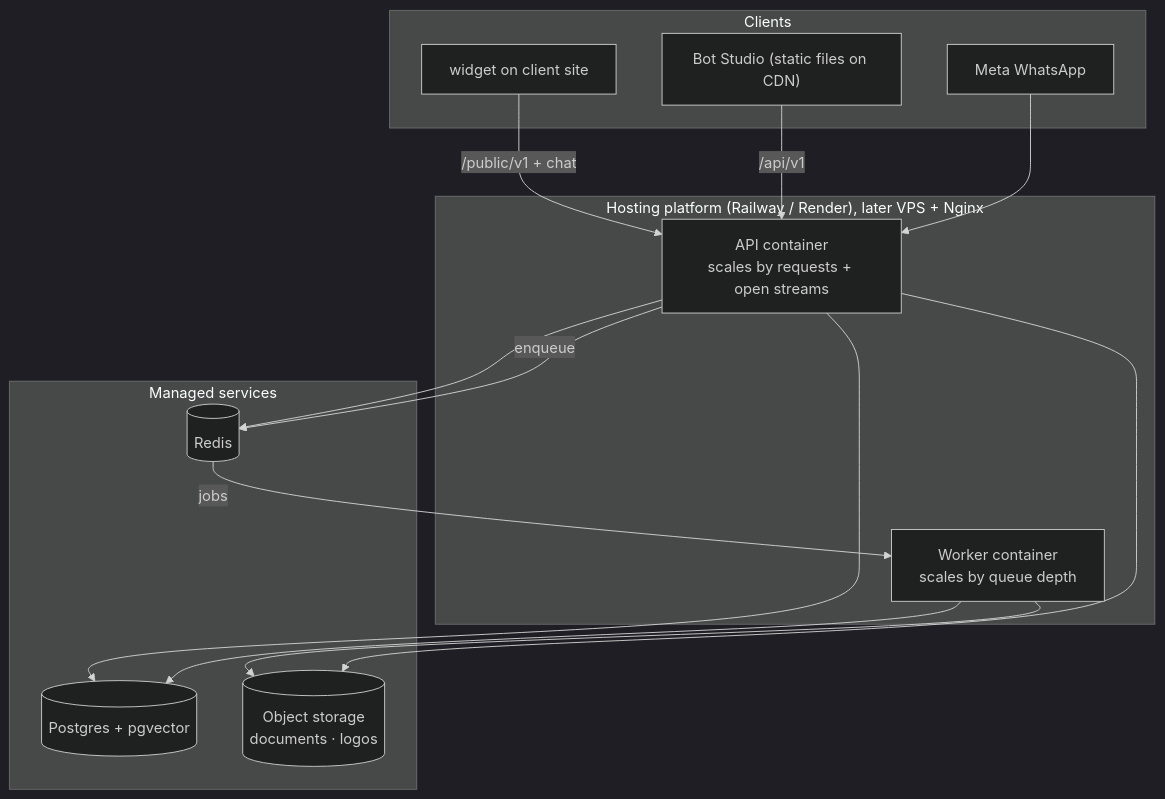
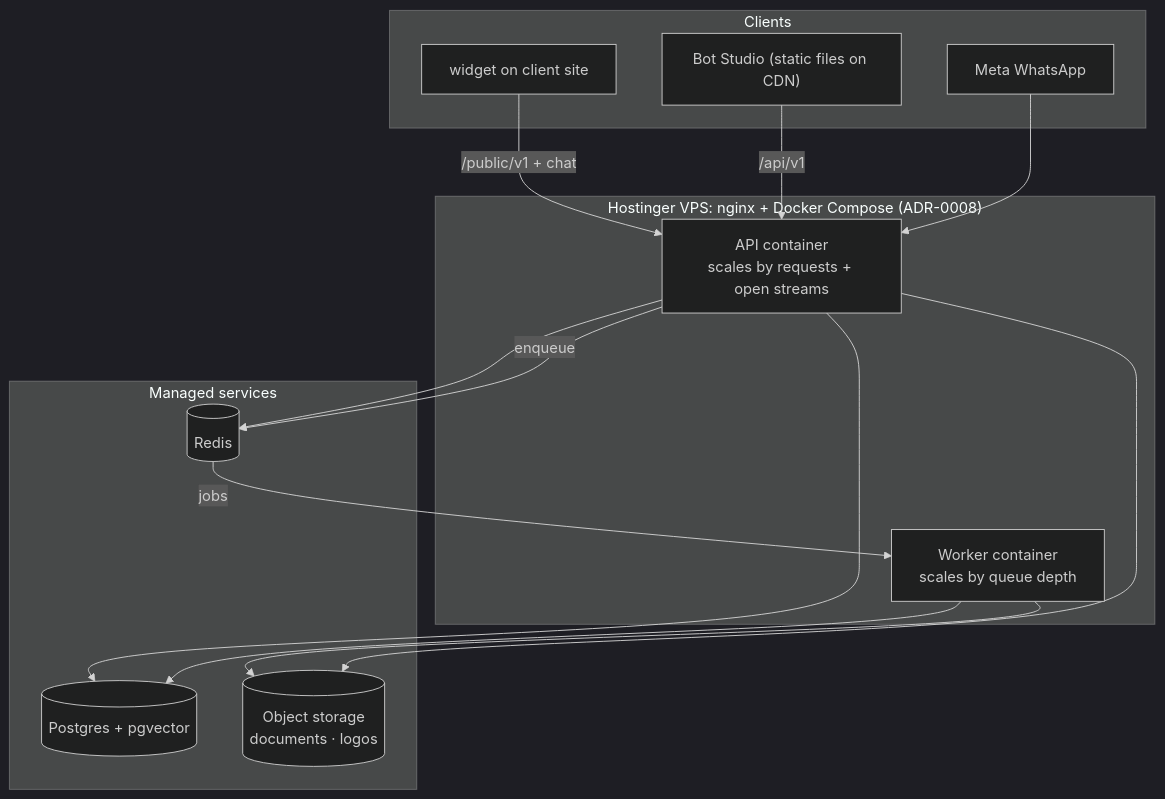
Diagram 19 of 27 in docs/REPO_STRUCTURE.md (md-sahil-analyst22/chatbot-platform), drawn with Mermaid (dark theme) before and after one commit. The commit also changed other lines of this file and 19 other files, not shown here.

````diff
--- a/docs/REPO_STRUCTURE.md
+++ b/docs/REPO_STRUCTURE.md
@@ -1678,30 +1683,30 @@
 ```mermaid
 flowchart TB
     subgraph Clients
         W["widget on client site"]
         D["Bot Studio (static files on CDN)"]
         M["Meta WhatsApp"]
     end
 
-    subgraph Hosting["Hosting platform (Railway / Render), later VPS + Nginx"]
+    subgraph Hosting["Hostinger VPS: nginx + Docker Compose (ADR-0008)"]
         A1["API container<br/>scales by requests + open streams"]
         W1["Worker container<br/>scales by queue depth"]
     end
 
     subgraph Managed["Managed services"]
         PG[("Postgres + pgvector")]
         RD[("Redis")]
         OS[("Object storage<br/>documents · logos")]
     end
 
     W -- "/public/v1 + chat" --> A1
     D -- "/api/v1" --> A1
     M --> A1
     A1 --> PG
     A1 --> RD
     A1 -- "enqueue" --> RD
     RD -- "jobs" --> W1
     W1 --> PG
     W1 --> OS
     A1 --> OS
 ```
````
